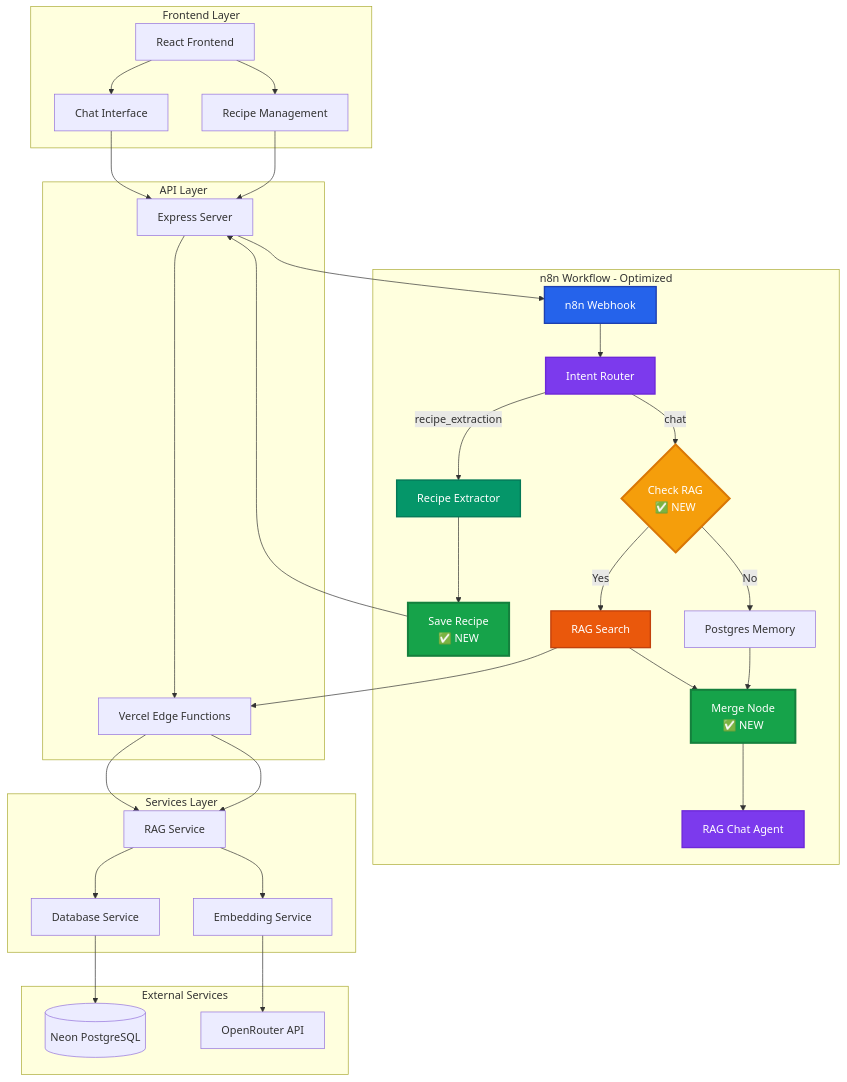
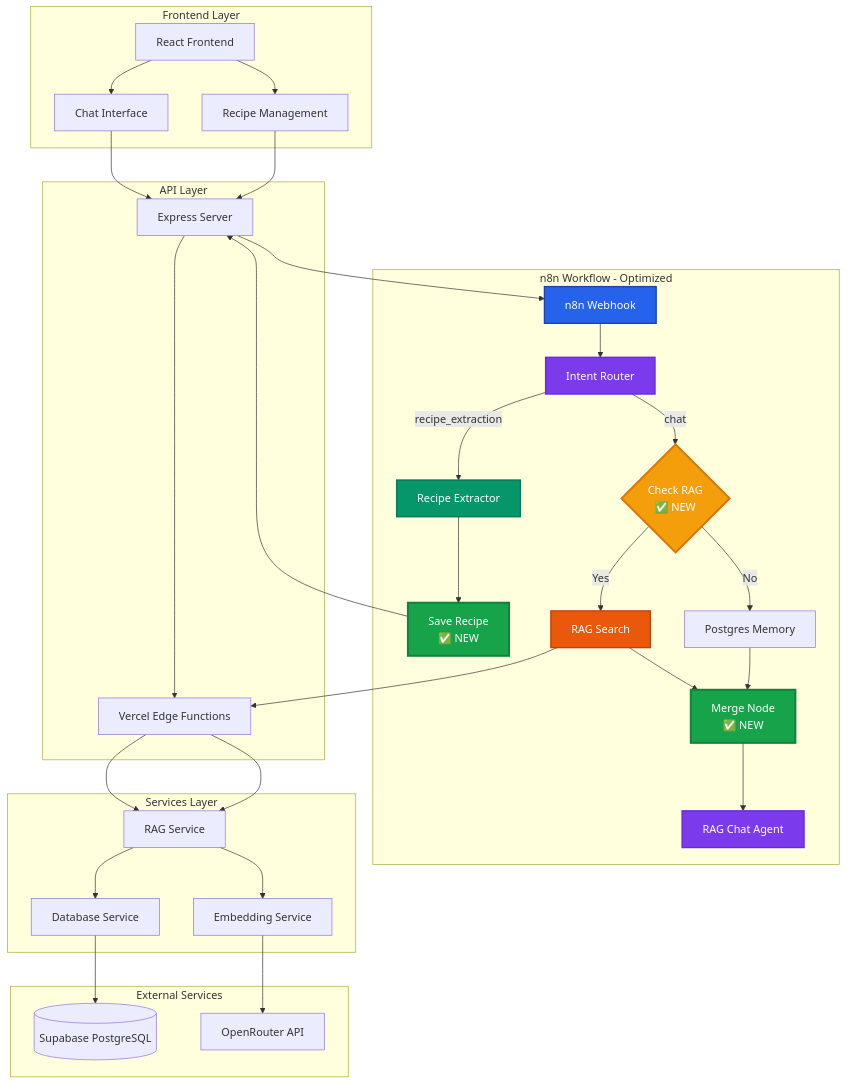
One commit to NikkuNoShori/MealPrep-Agent changed diagram 14 of 14 in docs/Architecture/diagrams.md. Above: the diagram before and after it, drawn with Mermaid. The commit also changed other lines of this file and 68 other files, not shown here.

First line of the commit message:
Update package dependencies, enhance authentication flow, and implement new features

````diff
--- a/docs/Architecture/diagrams.md
+++ b/docs/Architecture/diagrams.md
@@ -524,71 +524,71 @@
 ```mermaid
 graph TB
     subgraph "Frontend Layer"
         UI[React Frontend]
         ChatUI[Chat Interface]
         RecipeUI[Recipe Management]
     end
     
     subgraph "API Layer"
         Express[Express Server]
         EdgeFunc[Vercel Edge Functions]
     end
     
     subgraph "n8n Workflow - Optimized"
         Webhook[n8n Webhook]
         IntentRouter[Intent Router]
         RecipeExtract[Recipe Extractor]
         SaveRecipe[Save Recipe<br/>✅ NEW]
         CheckRAG{Check RAG<br/>✅ NEW}
         RAGSearch[RAG Search]
         Memory[Postgres Memory]
         Merge[Merge Node<br/>✅ NEW]
         RAGChat[RAG Chat Agent]
     end
     
     subgraph "Services Layer"
         RAGService[RAG Service]
         EmbedService[Embedding Service]
         DBService[Database Service]
     end
     
     subgraph "External Services"
-        NeonDB[(Neon PostgreSQL)]
+        SupabaseDB[(Supabase PostgreSQL)]
         OpenRouter[OpenRouter API]
     end
     
     UI --> ChatUI
     UI --> RecipeUI
     ChatUI --> Express
     RecipeUI --> Express
     Express --> Webhook
     Express --> EdgeFunc
     EdgeFunc --> RAGService
     
     Webhook --> IntentRouter
     IntentRouter -->|recipe_extraction| RecipeExtract
     IntentRouter -->|chat| CheckRAG
     RecipeExtract --> SaveRecipe
     SaveRecipe --> Express
     CheckRAG -->|Yes| RAGSearch
     CheckRAG -->|No| Memory
     RAGSearch --> Merge
     Memory --> Merge
     Merge --> RAGChat
     
     RAGService --> EmbedService
     RAGService --> DBService
-    DBService --> NeonDB
+    DBService --> SupabaseDB
     EmbedService --> OpenRouter
     RAGSearch --> EdgeFunc
     EdgeFunc --> RAGService
     
     style SaveRecipe fill:#16a34a,stroke:#15803d,stroke-width:3px,color:#fff
     style CheckRAG fill:#f59e0b,stroke:#d97706,stroke-width:3px,color:#fff
     style Merge fill:#16a34a,stroke:#15803d,stroke-width:3px,color:#fff
     style Webhook fill:#2563eb,stroke:#1e40af,stroke-width:2px,color:#fff
     style IntentRouter fill:#7c3aed,stroke:#6d28d9,stroke-width:2px,color:#fff
     style RecipeExtract fill:#059669,stroke:#047857,stroke-width:2px,color:#fff
     style RAGSearch fill:#ea580c,stroke:#c2410c,stroke-width:2px,color:#fff
     style RAGChat fill:#7c3aed,stroke:#6d28d9,stroke-width:2px,color:#fff
 ```
````
